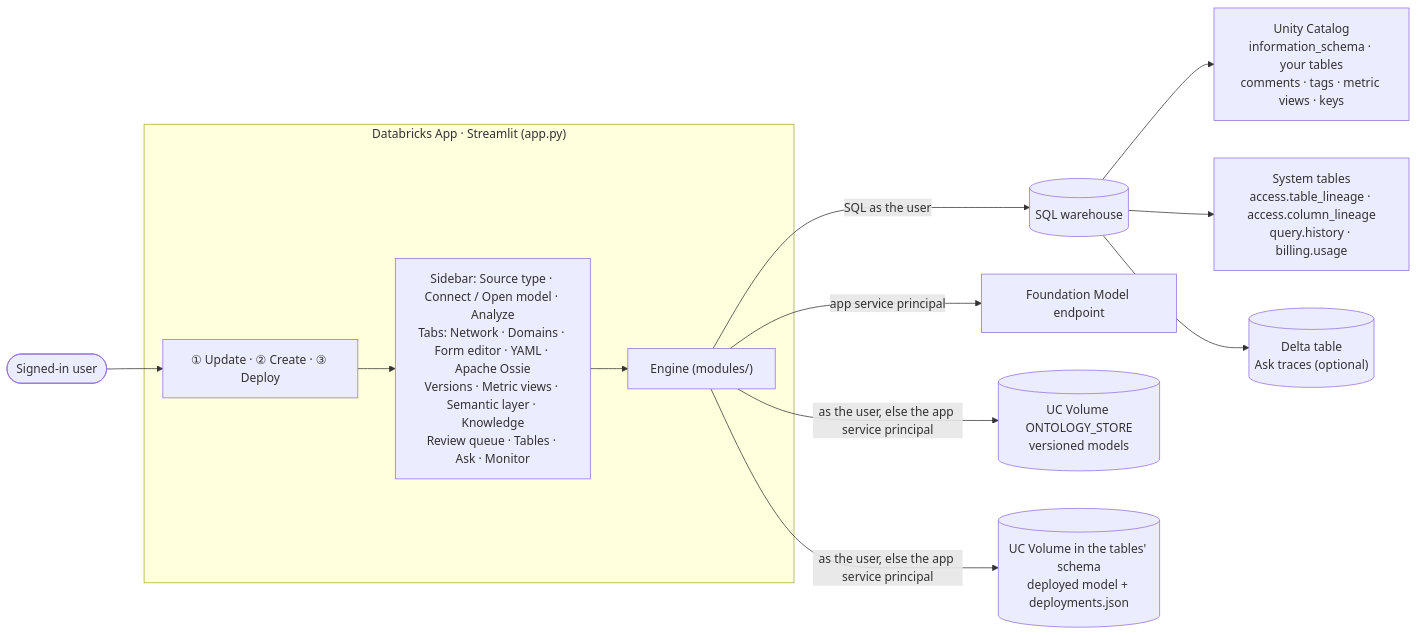
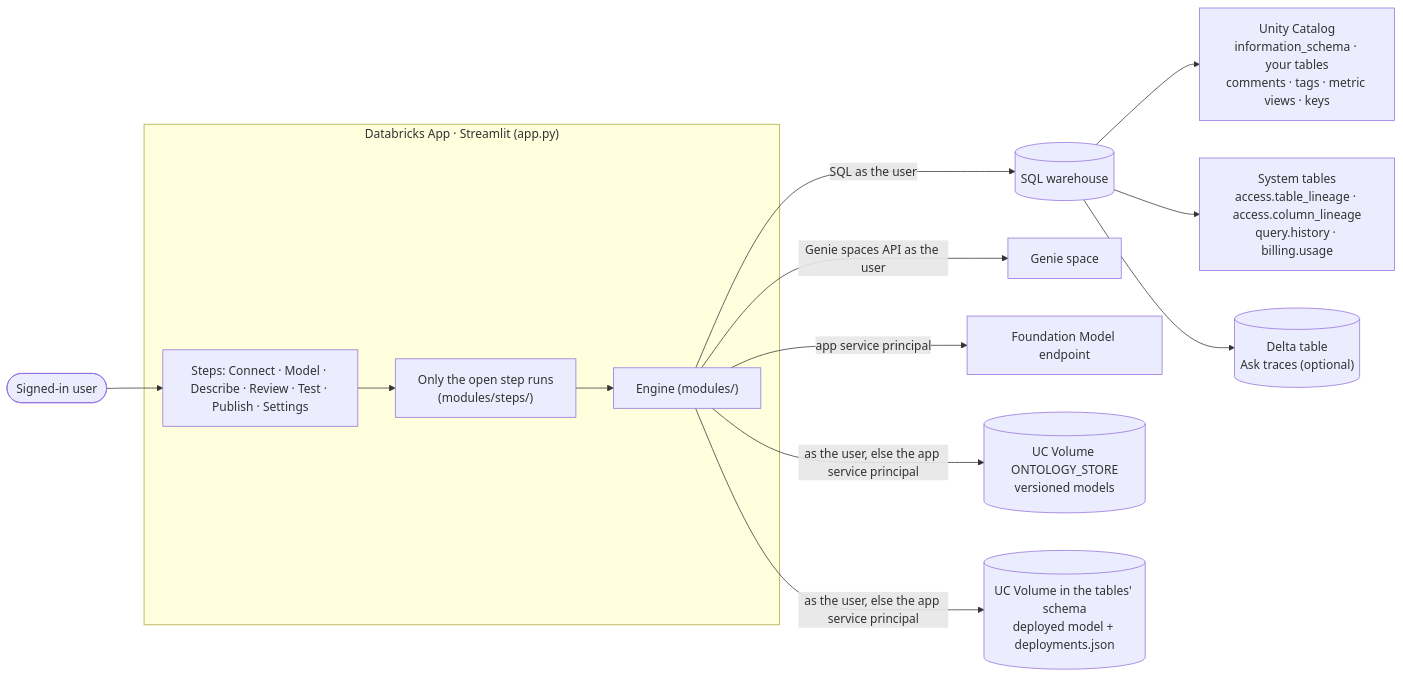
One commit to DevDataAnalyst/OntologyStudio changed the diagram in README.md. Above: the diagram before and after it, drawn with Mermaid. The commit also changed other lines of this file and 24 other files, not shown here.

First line of the commit message:
Lean layout: six steps, one home per job, Genie space and a test set

````diff
--- a/README.md
+++ b/README.md
@@ -584,18 +568,19 @@
 ```mermaid
 flowchart LR
     U(["Signed-in user"])
     subgraph APP["Databricks App · Streamlit (app.py)"]
-        SEC["① Update · ② Create · ③ Deploy"]
-        UI["Sidebar: Source type · Connect / Open model · Analyze<br/>Tabs: Network · Domains · Form editor · YAML · Apache Ossie<br/>Versions · Metric views · Semantic layer · Knowledge<br/>Review queue · Tables · Ask · Monitor"]
+        SEC["Steps: Connect · Model · Describe · Review · Test · Publish · Settings"]
+        UI["Only the open step runs<br/>(modules/steps/)"]
         ENG["Engine (modules/)"]
         SEC --> UI --> ENG
     end
     U --> SEC
     ENG -- "SQL as the user" --> WH[("SQL warehouse")]
     WH --> UCT["Unity Catalog<br/>information_schema · your tables<br/>comments · tags · metric views · keys"]
+    ENG -- "Genie spaces API as the user" --> GEN["Genie space"]
     WH --> SYS["System tables<br/>access.table_lineage · access.column_lineage<br/>query.history · billing.usage"]
     WH --> TEL[("Delta table<br/>Ask traces (optional)")]
     ENG -- "app service principal" --> FM["Foundation Model endpoint"]
     ENG -- "as the user, else the app service principal" --> VOL[("UC Volume ONTOLOGY_STORE<br/>versioned models")]
     ENG -- "as the user, else the app service principal" --> DVOL[("UC Volume in the tables' schema<br/>deployed model + deployments.json")]
 ```
````
